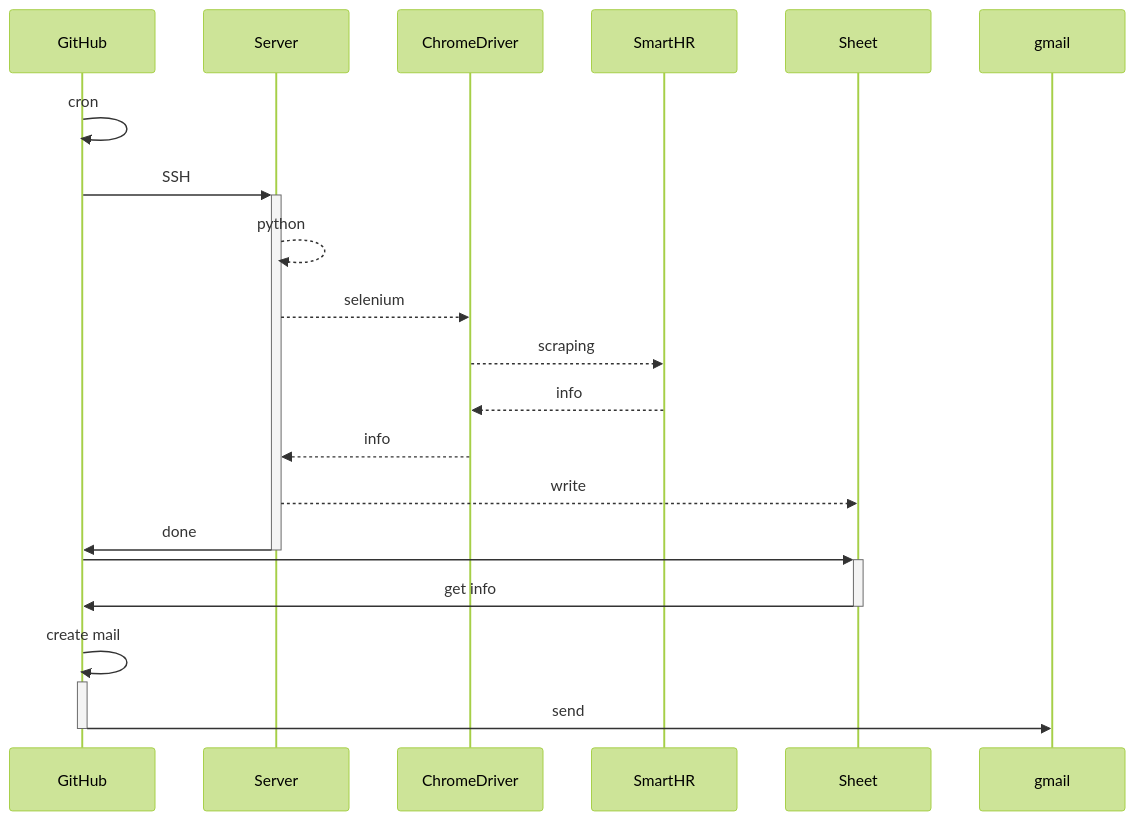
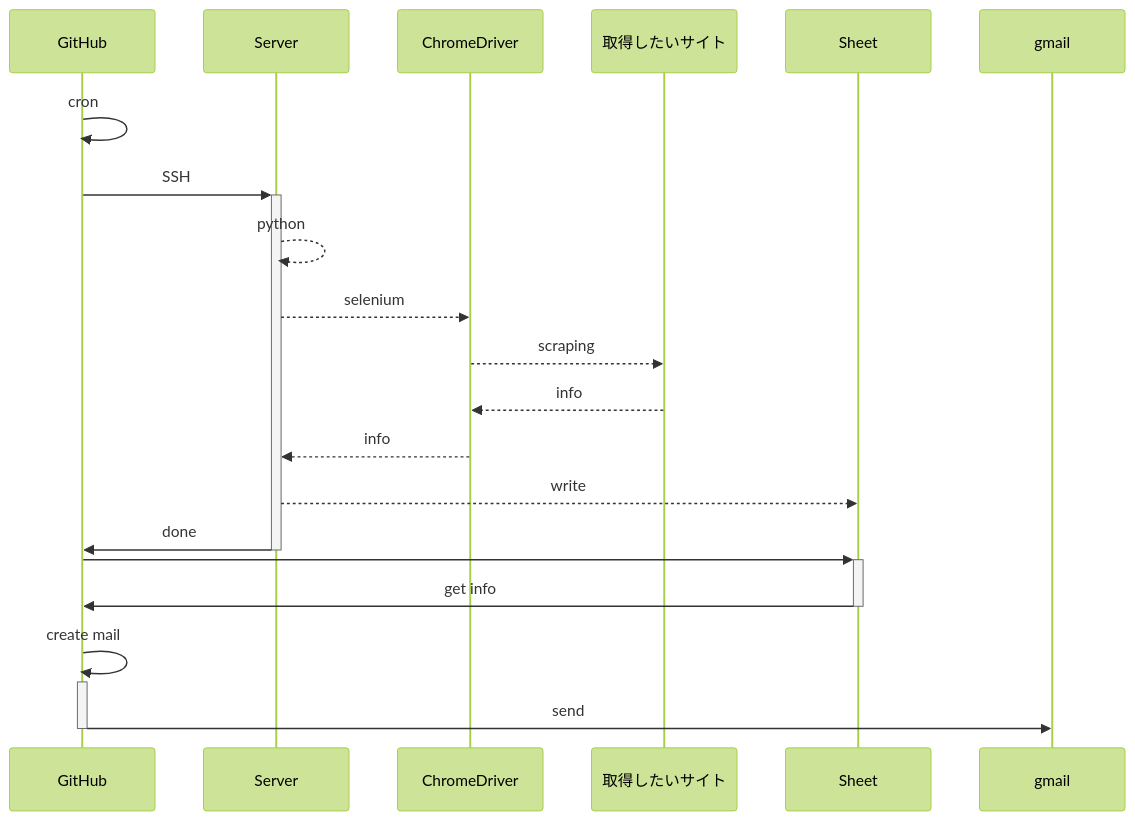
One commit to serna37/githubactions-test changed the diagram in README.md. Above: the diagram before and after it, drawn with Mermaid (forest theme).

````diff
--- a/README.md
+++ b/README.md
@@ -37,16 +37,16 @@
 ```mermaid
 sequenceDiagram
     GitHub->>GitHub: cron
     GitHub->>+Server: SSH
     Server-->>Server: python
     Server-->>ChromeDriver: selenium
-    ChromeDriver-->>SmartHR: scraping
-    SmartHR-->>ChromeDriver: info
+    ChromeDriver-->>取得したいサイト: scraping
+    取得したいサイト-->>ChromeDriver: info
     ChromeDriver-->>Server: info
     Server-->>Sheet: write
     Server->>-GitHub: done
     GitHub->>+Sheet: 
     Sheet->>-GitHub: get info
     GitHub->>+GitHub: create mail
     GitHub->>-gmail: send
 ```
````
